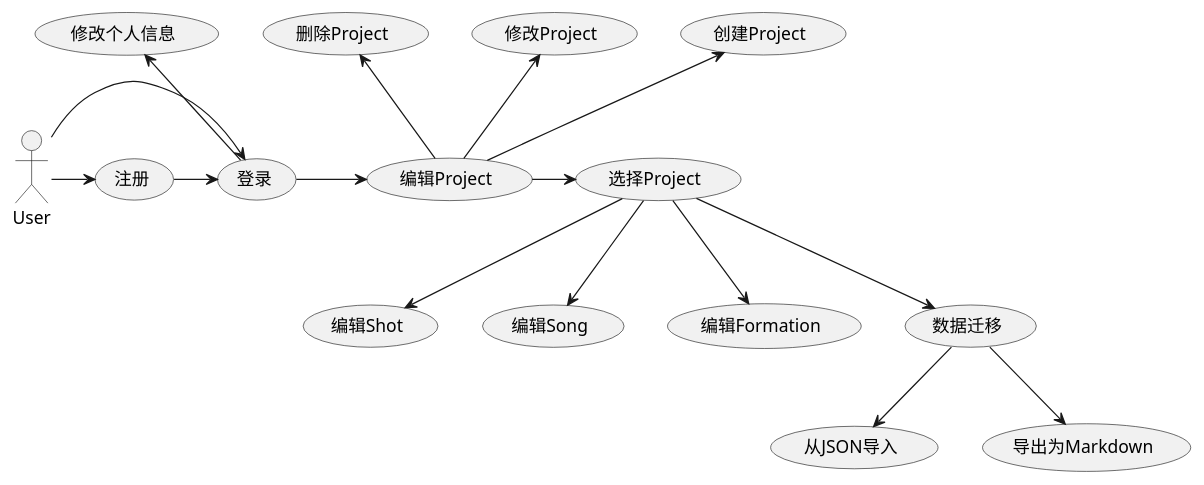
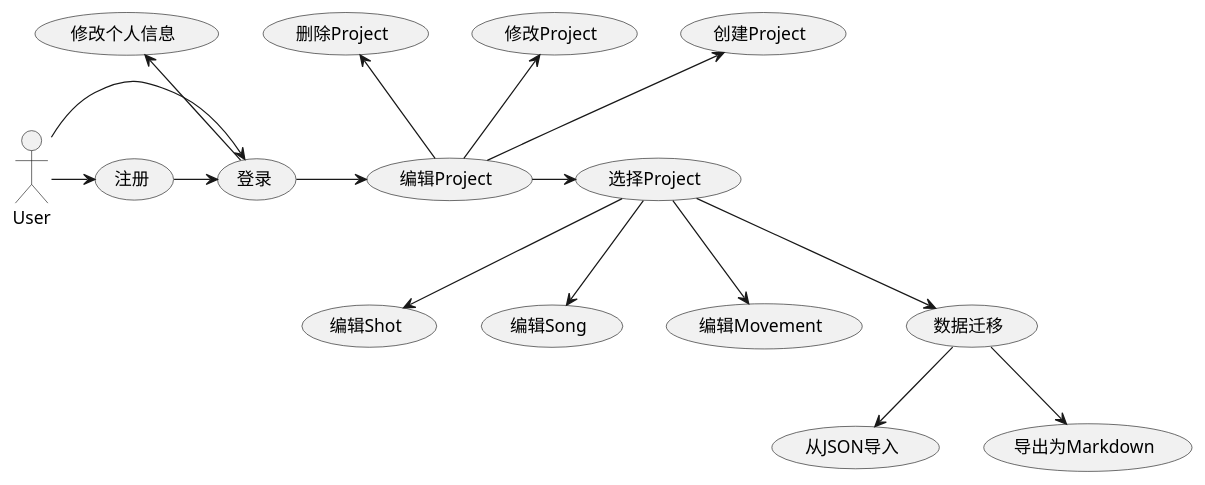
Before and after one commit to amamiseiya/shonichi_Flutter: the first of 3 diagrams in flutter_module/documents/requirement.md, drawn with PlantUML. The commit also changed other lines of this file and 62 other files, not shown here.

````diff
--- a/flutter_module/documents/requirement.md
+++ b/flutter_module/documents/requirement.md
@@ -17,21 +17,21 @@
 ``` plantuml
 @startuml 用户与移动设备交互用例图
 
 User -> (登录)
 User -> (注册)
 (注册) -> (登录)
 (登录) -> (编辑Project)
 (登录) -up-> (修改个人信息)
 (编辑Project) -> (选择Project)
 (编辑Project) -up-> (创建Project)
 (编辑Project) -up-> (修改Project)
 (编辑Project) -up-> (删除Project)
 (选择Project) --> (编辑Shot)
 (选择Project) --> (编辑Song)
-(选择Project) --> (编辑Formation)
+(选择Project) --> (编辑Movement)
 (选择Project) --> (数据迁移)
 (数据迁移) --> (从JSON导入)
 (数据迁移) --> (导出为Markdown)
 
 @enduml
 ```
````
